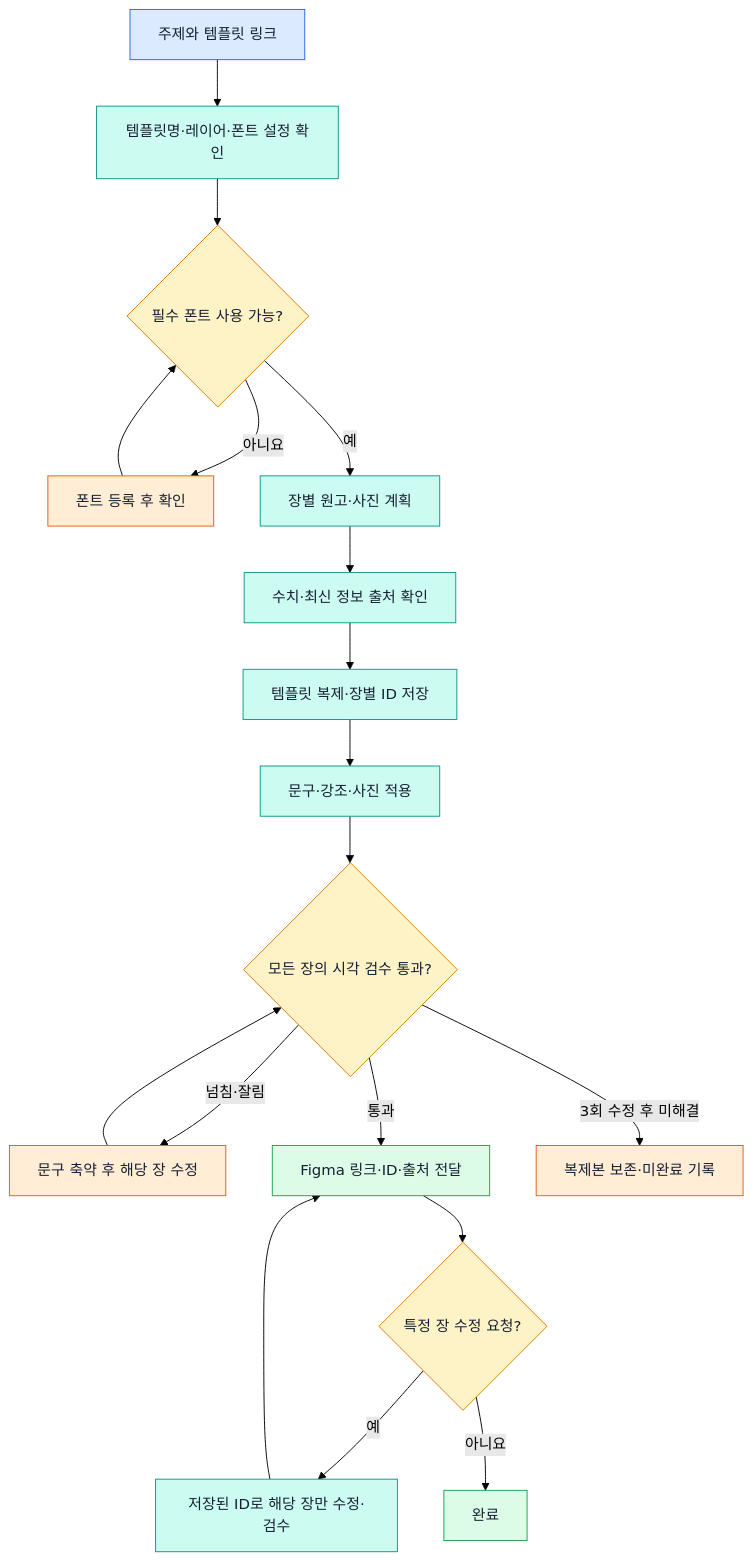
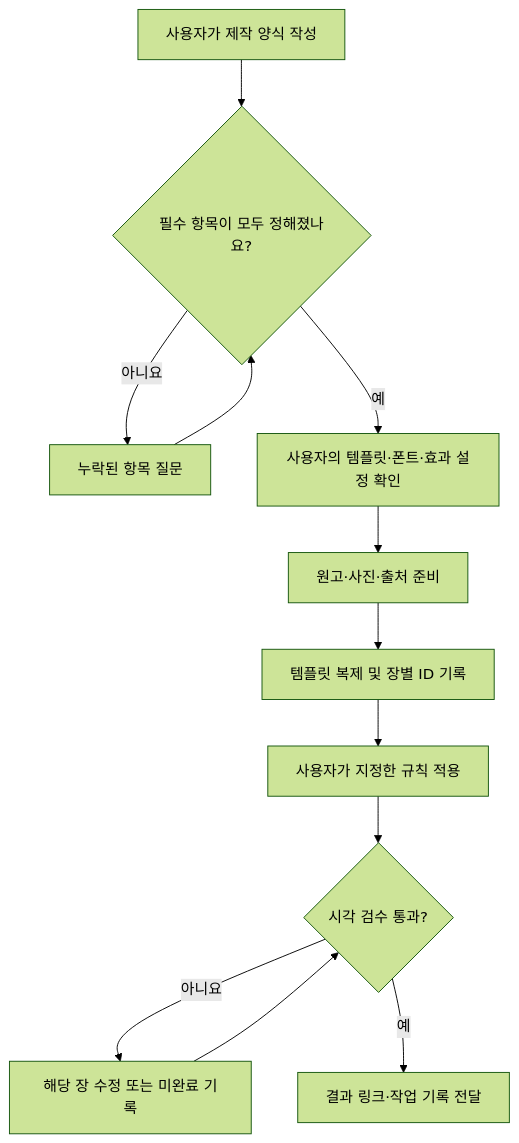
One commit to isaaskywalker/figma-carousel changed the diagram in README.md. Above: the diagram before and after it, drawn with Mermaid (forest theme). The commit also changed other lines of this file, not shown here.

````diff
--- a/README.md
+++ b/README.md
@@ -66,30 +55,14 @@
 ```mermaid
 flowchart TD
-    A["주제와 템플릿 링크"] --> B["템플릿명·레이어·폰트 설정 확인"]
-    B --> C{"필수 폰트 사용 가능?"}
-    C -->|아니요| D["폰트 등록 후 확인"]
-    D --> C
-    C -->|예| E["장별 원고·사진 계획"]
-    E --> F["수치·최신 정보 출처 확인"]
-    F --> G["템플릿 복제·장별 ID 저장"]
-    G --> H["문구·강조·사진 적용"]
-    H --> I{"모든 장의 시각 검수 통과?"}
-    I -->|넘침·잘림| J["문구 축약 후 해당 장 수정"]
-    J --> I
-    I -->|통과| K["Figma 링크·ID·출처 전달"]
-    I -->|3회 수정 후 미해결| L["복제본 보존·미완료 기록"]
-    K --> M{"특정 장 수정 요청?"}
-    M -->|예| N["저장된 ID로 해당 장만 수정·검수"]
-    N --> K
-    M -->|아니요| O["완료"]
-    classDef input fill:#DBEAFE,stroke:#2563EB,color:#172033
-    classDef process fill:#CCFBF1,stroke:#0D9488,color:#172033
-    classDef decision fill:#FEF3C7,stroke:#D97706,color:#172033
-    classDef supplement fill:#FFEDD5,stroke:#EA580C,color:#172033
-    classDef result fill:#DCFCE7,stroke:#16A34A,color:#172033
-    class A input
-    class B,E,F,G,H,N process
-    class C,I,M decision
-    class D,J,L supplement
-    class K,O result
+    A["사용자가 제작 양식 작성"] --> B{"필수 항목이 모두 정해졌나요?"}
+    B -->|아니요| C["누락된 항목 질문"]
+    C --> B
+    B -->|예| D["사용자의 템플릿·폰트·효과 설정 확인"]
+    D --> E["원고·사진·출처 준비"]
+    E --> F["템플릿 복제 및 장별 ID 기록"]
+    F --> G["사용자가 지정한 규칙 적용"]
+    G --> H{"시각 검수 통과?"}
+    H -->|아니요| I["해당 장 수정 또는 미완료 기록"]
+    I --> H
+    H -->|예| J["결과 링크·작업 기록 전달"]
 ```
````
